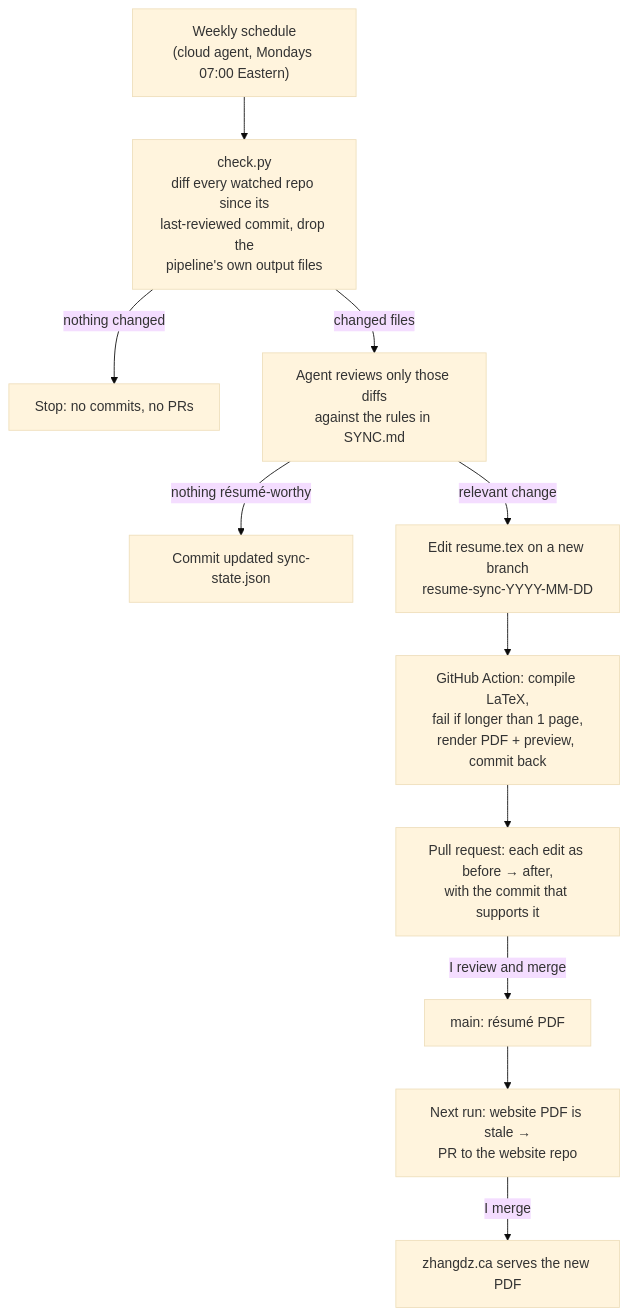
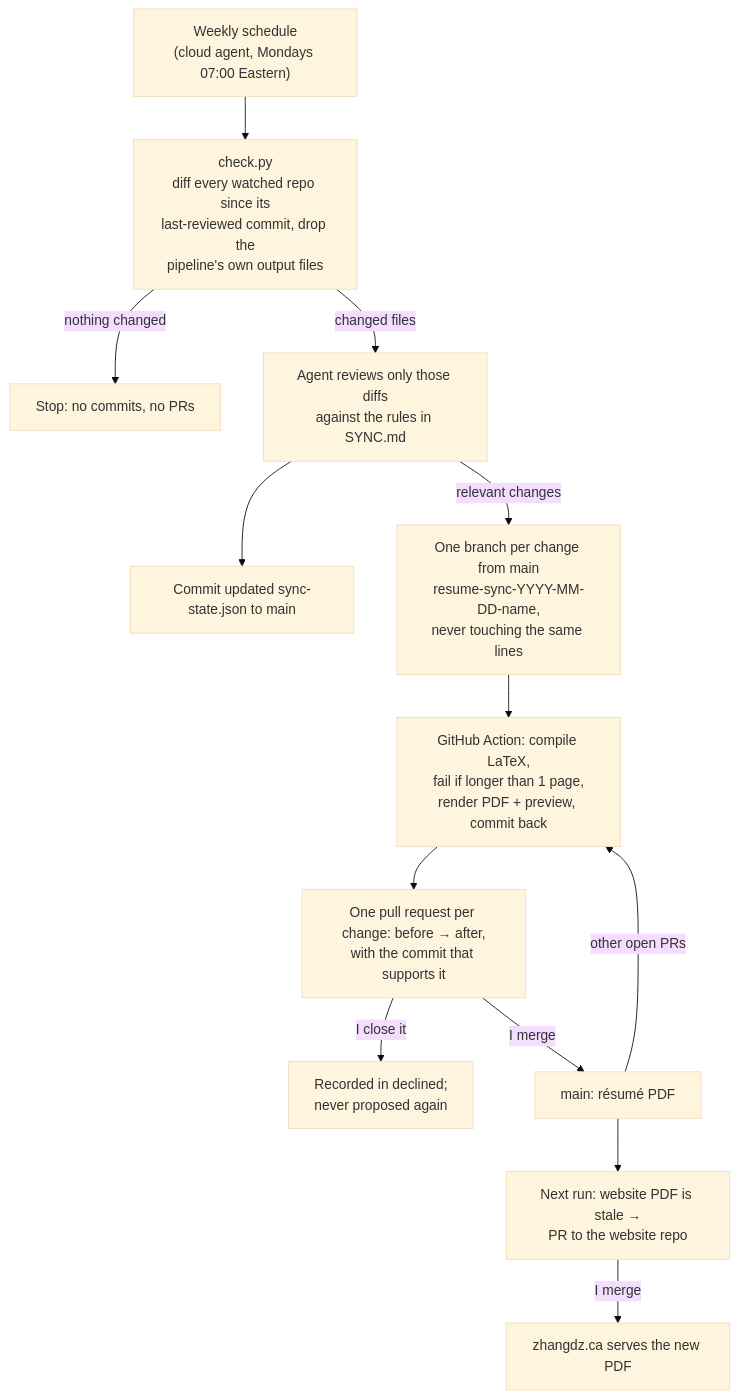
The diagram in docs/PIPELINE.md (danielzhang122/resume-sync), drawn with Mermaid (base theme) before and after one commit. The commit also changed other lines of this file and 9 other files, not shown here.

First line of the commit message:
Keep sync proposals separate and track reviewed or declined changes

````diff
--- a/docs/PIPELINE.md
+++ b/docs/PIPELINE.md
@@ -20,13 +20,15 @@
 ```mermaid
 flowchart TD
     A["Weekly schedule<br/>(cloud agent, Mondays 07:00 Eastern)"] --> B["check.py<br/>diff every watched repo since its<br/>last-reviewed commit, drop the<br/>pipeline's own output files"]
     B -->|nothing changed| Z["Stop: no commits, no PRs"]
     B -->|changed files| C["Agent reviews only those diffs<br/>against the rules in SYNC.md"]
-    C -->|nothing résumé-worthy| S["Commit updated sync-state.json"]
-    C -->|relevant change| D["Edit resume.tex on a new branch<br/>resume-sync-YYYY-MM-DD"]
+    C --> S["Commit updated sync-state.json to main"]
+    C -->|relevant changes| D["One branch per change from main<br/>resume-sync-YYYY-MM-DD-name,<br/>never touching the same lines"]
     D --> E["GitHub Action: compile LaTeX,<br/>fail if longer than 1 page,<br/>render PDF + preview, commit back"]
-    E --> F["Pull request: each edit as before → after,<br/>with the commit that supports it"]
-    F -->|I review and merge| G["main: résumé PDF"]
+    E --> F["One pull request per change: before → after,<br/>with the commit that supports it"]
+    F -->|I close it| X["Recorded in declined;<br/>never proposed again"]
+    F -->|I merge| G["main: résumé PDF"]
+    G -->|other open PRs| E
     G --> H["Next run: website PDF is stale →<br/>PR to the website repo"]
     H -->|I merge| I["zhangdz.ca serves the new PDF"]
 ```
````
